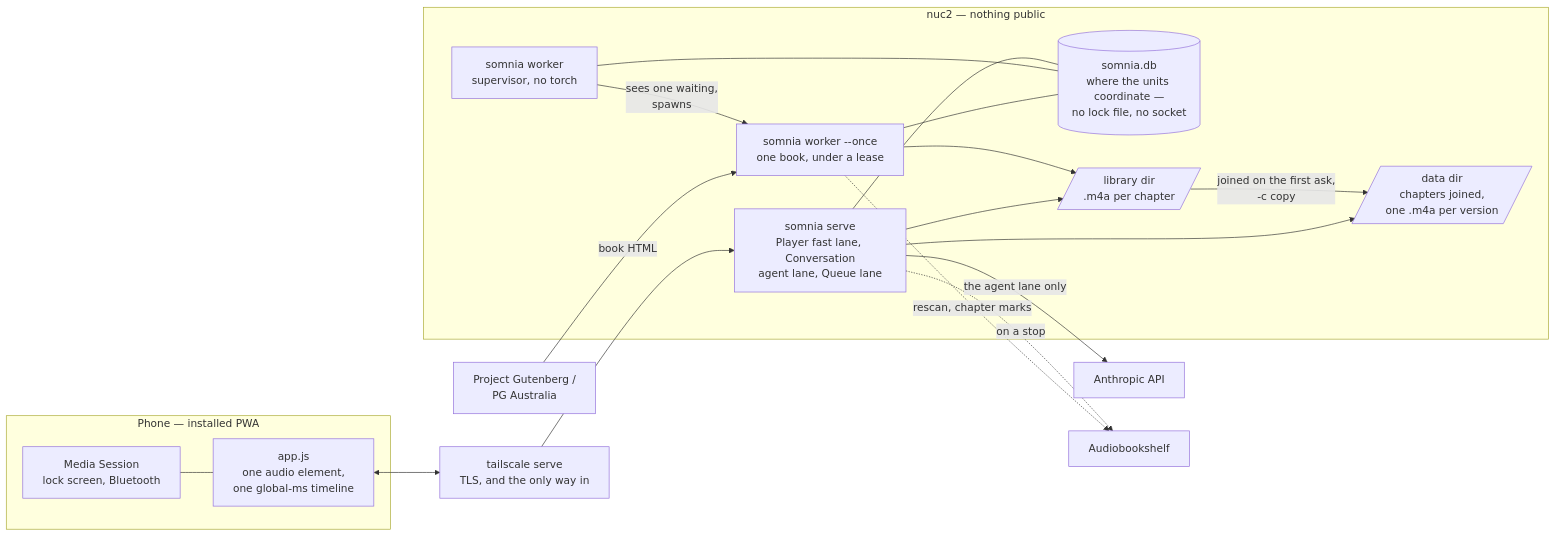
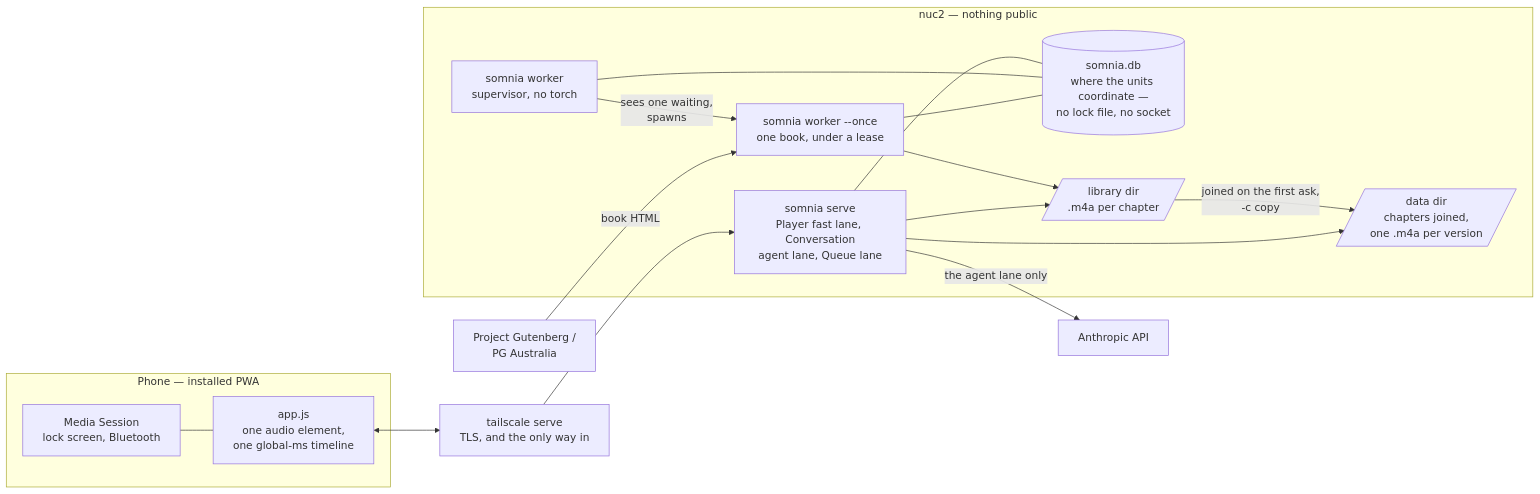
The first of 5 diagrams in docs/explanations/architecture.md (gilesknap/somnia), drawn with Mermaid before and after one commit. The commit also changed other lines of this file and 15 other files, not shown here.

````diff
--- a/docs/explanations/architecture.md
+++ b/docs/explanations/architecture.md
@@ -31,36 +31,33 @@
 ```mermaid
 flowchart LR
   subgraph Phone["Phone — installed PWA"]
     ms["Media Session<br>lock screen, Bluetooth"] --- page["app.js<br>one audio element,<br>one global-ms timeline"]
   end
 
   ts["tailscale serve<br>TLS, and the only way in"]
 
   subgraph Box["nuc2 — nothing public"]
     serve["somnia serve<br>Player fast lane, Conversation<br>agent lane, Queue lane"]
     worker["somnia worker<br>supervisor, no torch"]
     child["somnia worker --once<br>one book, under a lease"]
     db[("somnia.db<br>where the units coordinate —<br>no lock file, no socket")]
     files[/"library dir<br>.m4a per chapter"/]
     joins[/"data dir<br>chapters joined,<br>one .m4a per version"/]
   end
 
   gut["Project Gutenberg /<br>PG Australia"]
   api["Anthropic API"]
-  abs["Audiobookshelf"]
 
   page <--> ts
   ts --> serve
   worker -->|"sees one waiting,<br>spawns"| child
   gut -->|"book HTML"| child
   serve --- db
   worker --- db
   child --- db
   child --> files
   serve --> files
   files -->|"joined on the first ask,<br>-c copy"| joins
   serve --> joins
   serve -->|"the agent lane only"| api
-  serve -.->|"on a stop"| abs
-  child -.->|"rescan, chapter marks"| abs
 ```
````
